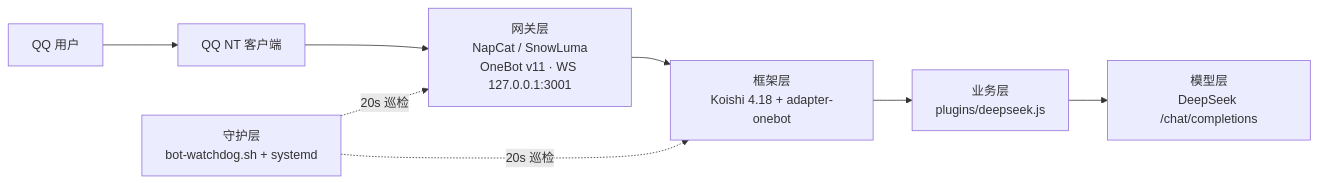
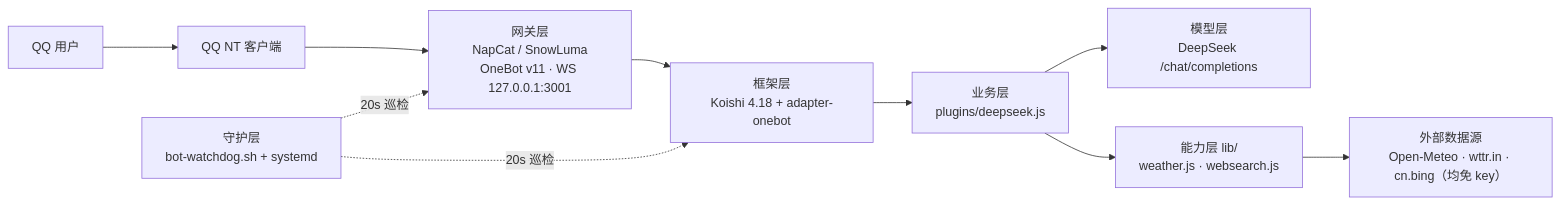
The diagram in README.md (bakamalu/AgentTalk), drawn with Mermaid before and after one commit. The commit also changed other lines of this file and 31 other files, not shown here.

````diff
--- a/README.md
+++ b/README.md
@@ -13,10 +14,12 @@
 ```mermaid
 flowchart LR
   U["QQ 用户"] --> QQ["QQ NT 客户端"]
   QQ --> GW["网关层<br/>NapCat / SnowLuma<br/>OneBot v11 · WS 127.0.0.1:3001"]
   GW --> K["框架层<br/>Koishi 4.18 + adapter-onebot"]
   K --> P["业务层<br/>plugins/deepseek.js"]
   P --> API["模型层<br/>DeepSeek /chat/completions"]
+  P --> CAP["能力层 lib/<br/>weather.js · websearch.js"]
+  CAP --> SRC["外部数据源<br/>Open-Meteo · wttr.in · cn.bing（均免 key）"]
   W["守护层<br/>bot-watchdog.sh + systemd"] -.20s 巡检.-> GW
   W -.20s 巡检.-> K
 ```
````
